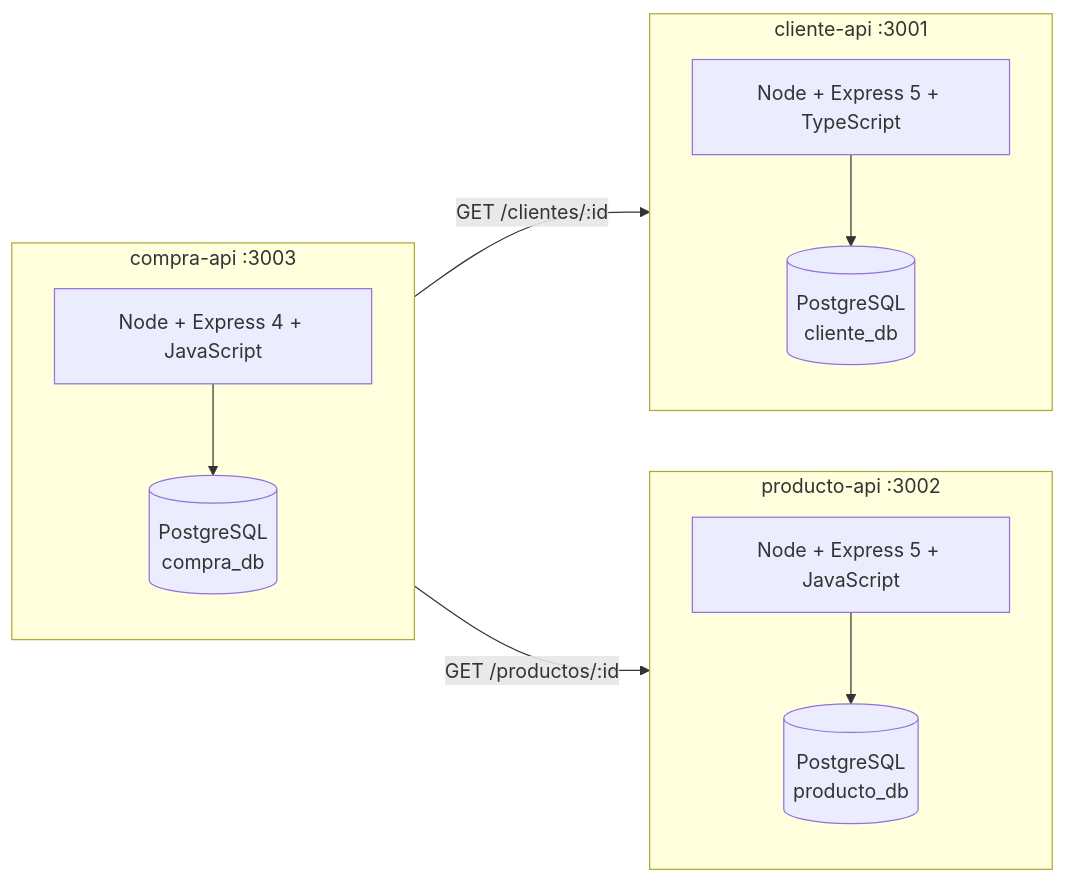
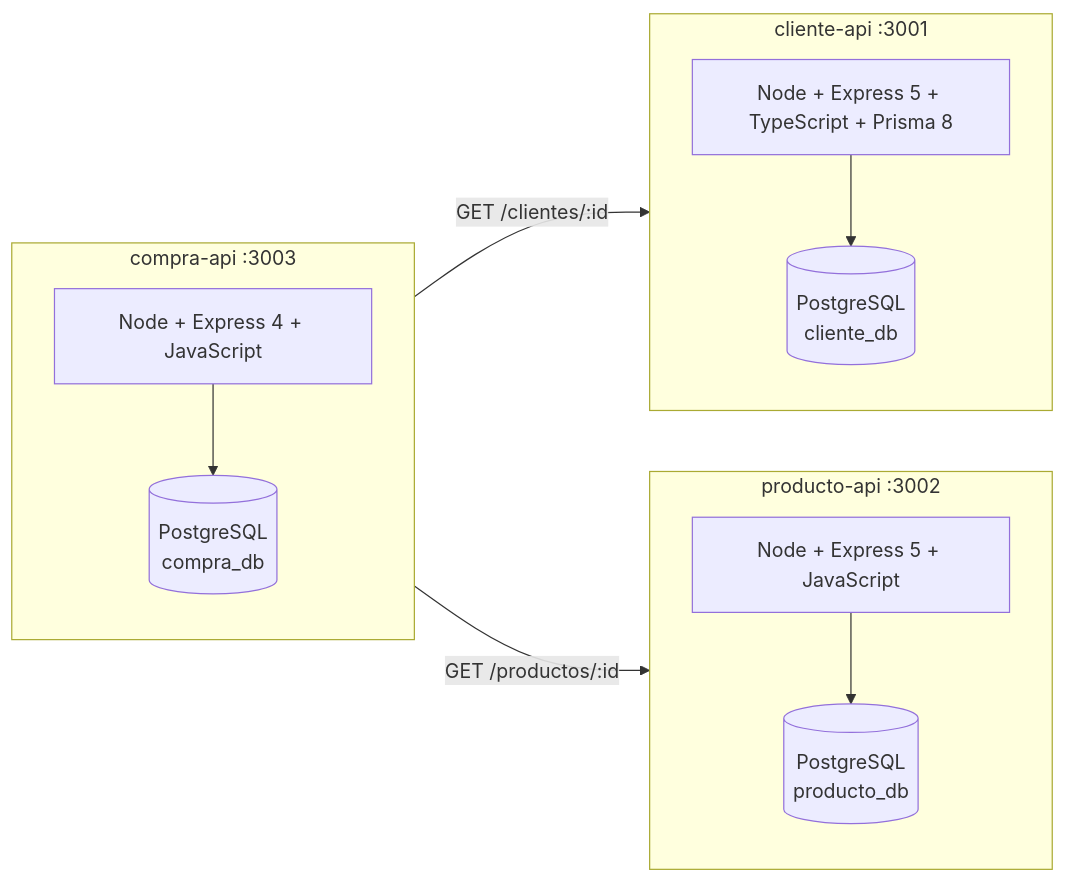
Before and after one commit to LordGuafa/taller-microservicios: the diagram in README.md, drawn with Mermaid. The commit also changed other lines of this file and 30 other files, not shown here.

````diff
--- a/README.md
+++ b/README.md
@@ -28,23 +31,23 @@
 ```mermaid
 flowchart LR
     subgraph cliente["cliente-api :3001"]
-        C[Node + Express 5 + TypeScript]
+        C[Node + Express 5 + TypeScript + Prisma 8]
         CDB[(PostgreSQL<br/>cliente_db)]
         C --> CDB
     end
 
     subgraph producto["producto-api :3002"]
         P[Node + Express 5 + JavaScript]
       PD[(PostgreSQL<br/>producto_db)]
         P --> PD
     end
 
     subgraph compra["compra-api :3003"]
         CO[Node + Express 4 + JavaScript]
         CD[(PostgreSQL<br/>compra_db)]
         CO --> CD
     end
 
     compra -- "GET /clientes/:id" --> cliente
     compra -- "GET /productos/:id" --> producto
 ```
````
